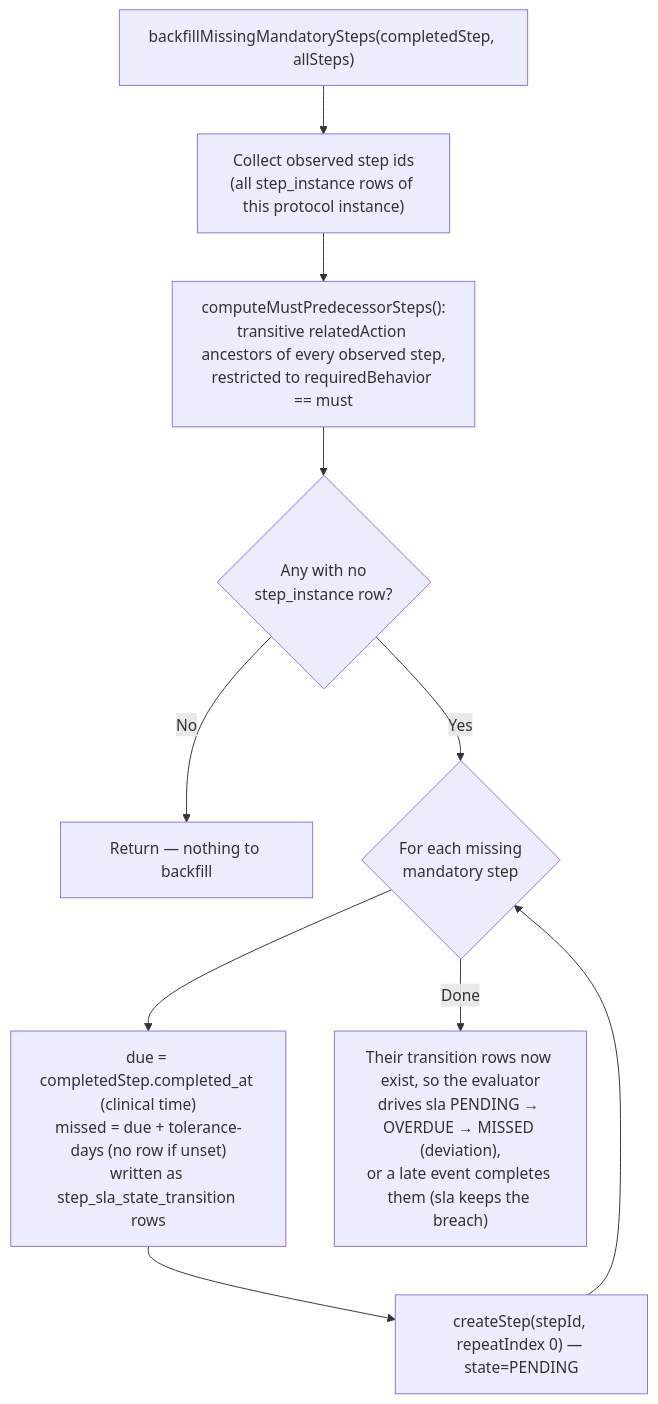
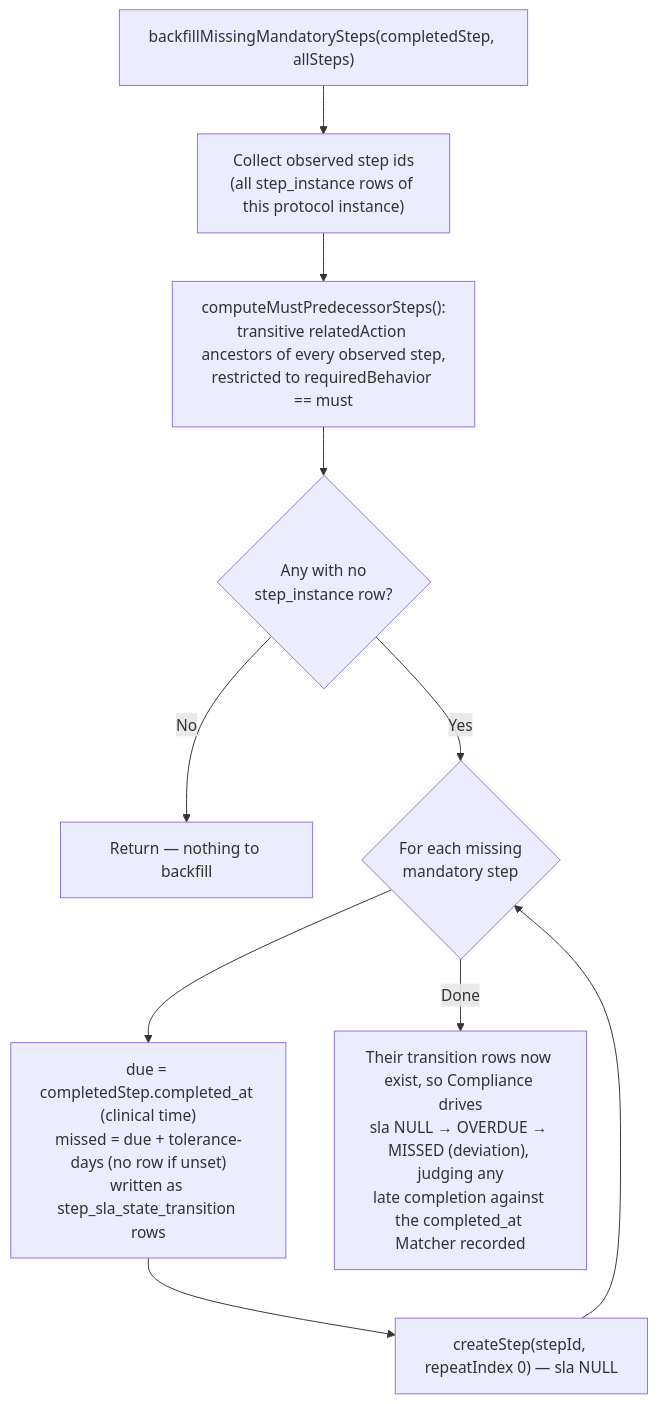
Before and after one commit to Jayaprakash8887/cce-matcher-service: diagram 11 of 11 in docs/flow-diagrams.md, drawn with Mermaid. The commit also changed other lines of this file and 28 other files, not shown here.

````diff
--- a/docs/flow-diagrams.md
+++ b/docs/flow-diagrams.md
@@ -490,12 +487,12 @@
 ```mermaid
 flowchart TD
     START["backfillMissingMandatorySteps(completedStep, allSteps)"] --> OBSERVED["Collect observed step ids<br/>(all step_instance rows of this protocol instance)"]
     OBSERVED --> PRED["computeMustPredecessorSteps():<br/>transitive relatedAction ancestors of every observed step,<br/>restricted to requiredBehavior == must"]
     PRED --> MISSING{"Any with no<br/>step_instance row?"}
     MISSING -->|"No"| DONE["Return — nothing to backfill"]
     MISSING -->|"Yes"| LOOP{"For each missing<br/>mandatory step"}
     LOOP --> DATES["due = completedStep.completed_at (clinical time)<br/>missed = due + tolerance-days (no row if unset)<br/>written as step_sla_state_transition rows"]
-    DATES --> CREATE["createStep(stepId, repeatIndex 0) — state=PENDING"]
+    DATES --> CREATE["createStep(stepId, repeatIndex 0) — sla NULL"]
     CREATE --> LOOP
-    LOOP -->|"Done"| DONE2["Their transition rows now exist, so the evaluator<br/>drives sla PENDING → OVERDUE → MISSED (deviation),<br/>or a late event completes them (sla keeps the breach)"]
+    LOOP -->|"Done"| DONE2["Their transition rows now exist, so Compliance drives<br/>sla NULL → OVERDUE → MISSED (deviation), judging any<br/>late completion against the completed_at Matcher recorded"]
 ```
````
